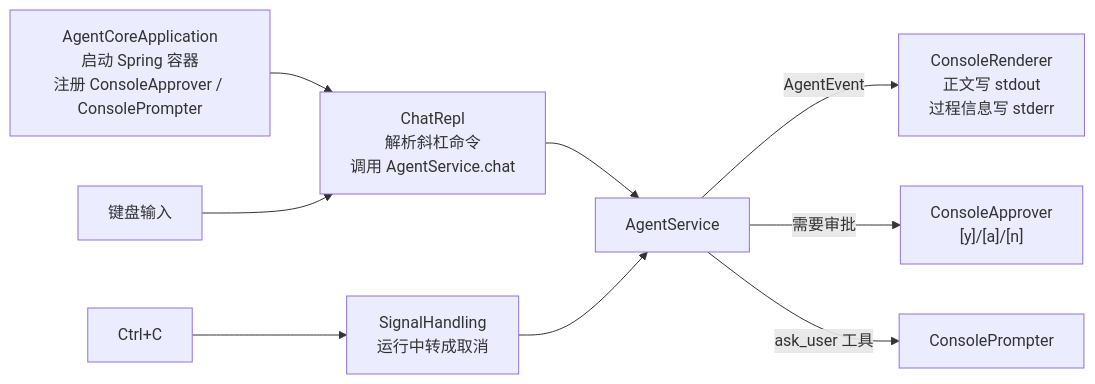
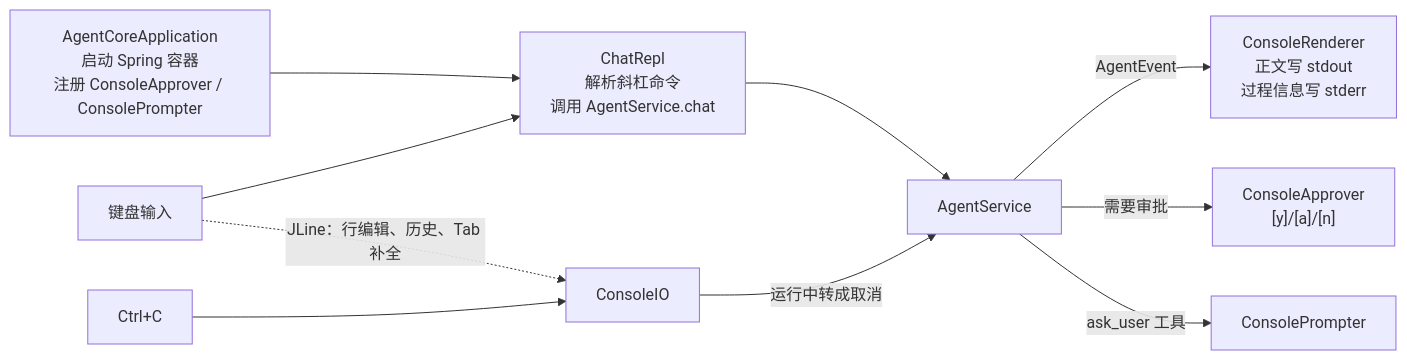
The second of 3 diagrams in docs/07-integration.md (stackJx/agent-java), drawn with Mermaid before and after one commit. The commit also changed other lines of this file and 116 other files, not shown here.

````diff
--- a/docs/07-integration.md
+++ b/docs/07-integration.md
@@ -57,10 +57,11 @@
 ```mermaid
 flowchart LR
     main["AgentCoreApplication<br/>启动 Spring 容器<br/>注册 ConsoleApprover / ConsolePrompter"] --> repl
     stdin["键盘输入"] --> repl["ChatRepl<br/>解析斜杠命令<br/>调用 AgentService.chat"]
     repl --> svc["AgentService"]
     svc -- "AgentEvent" --> render["ConsoleRenderer<br/>正文写 stdout<br/>过程信息写 stderr"]
     svc -- "需要审批" --> appr["ConsoleApprover<br/>[y]/[a]/[n]"]
     svc -- "ask_user 工具" --> prompt["ConsolePrompter"]
-    sig["Ctrl+C"] --> sh["SignalHandling<br/>运行中转成取消"] --> svc
+    stdin -. "JLine：行编辑、历史、Tab 补全" .-> io["ConsoleIO"]
+    sig["Ctrl+C"] --> io -- "运行中转成取消" --> svc
 ```
````
